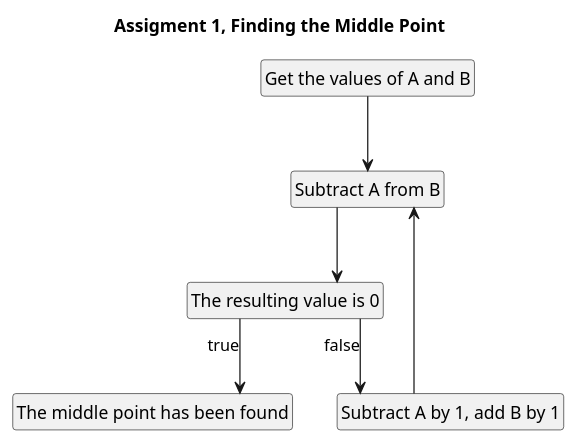
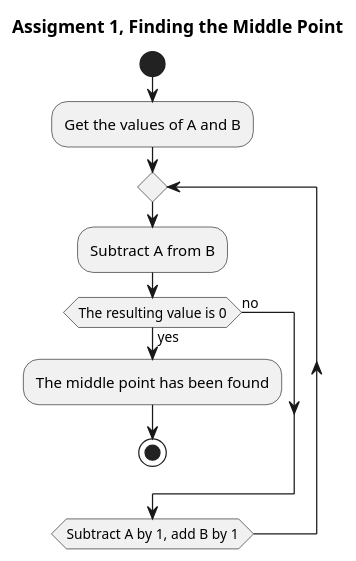
One commit to TobyNatooor/machine-prog-group-1 changed the diagram in diagrams/assignment_1.pu. Above: the diagram before and after it, drawn with PlantUML.

Commit message:
better but still weird

```diff
--- a/diagrams/assignment_1.pu
+++ b/diagrams/assignment_1.pu
@@ -1,18 +1,30 @@
 @startuml assignment_1
 skinparam linetype ortho
 hide empty methods
 hide empty fields
 hide circle
 
 title Assigment 1, Finding the Middle Point
 
-class "Get the values of A and B" 
-class "Subtract A from B"
+' class "Get the values of A and B"
+' diamond "The resulting value is 0"
 
-"Get the values of A and B" --> "Subtract A from B"
-"Subtract A from B" --> "The resulting value is 0"
-"The resulting value is 0" --> "The middle point has been found":true
-"The resulting value is 0" --> "Subtract A by 1, add B by 1":false
-"Subtract A by 1, add B by 1" --> "Subtract A from B"
+' "Get the values of A and B" --> "Subtract A from B"
+' "Subtract A from B" --> "The resulting value is 0"
+' "The resulting value is 0" --> "The middle point has been found":true
+' "The resulting value is 0" --> "Subtract A by 1, add B by 1":false
+' "Subtract A by 1, add B by 1" --> "Subtract A from B"
+
+start
+:Get the values of A and B;
+repeat
+    :Subtract A from B;
+    if (The resulting value is 0) then (yes)
+        :The middle point has been found;
+        stop
+    else (no)
+
+    endif
+repeat while (Subtract A by 1, add B by 1)
 
 @enduml
```
